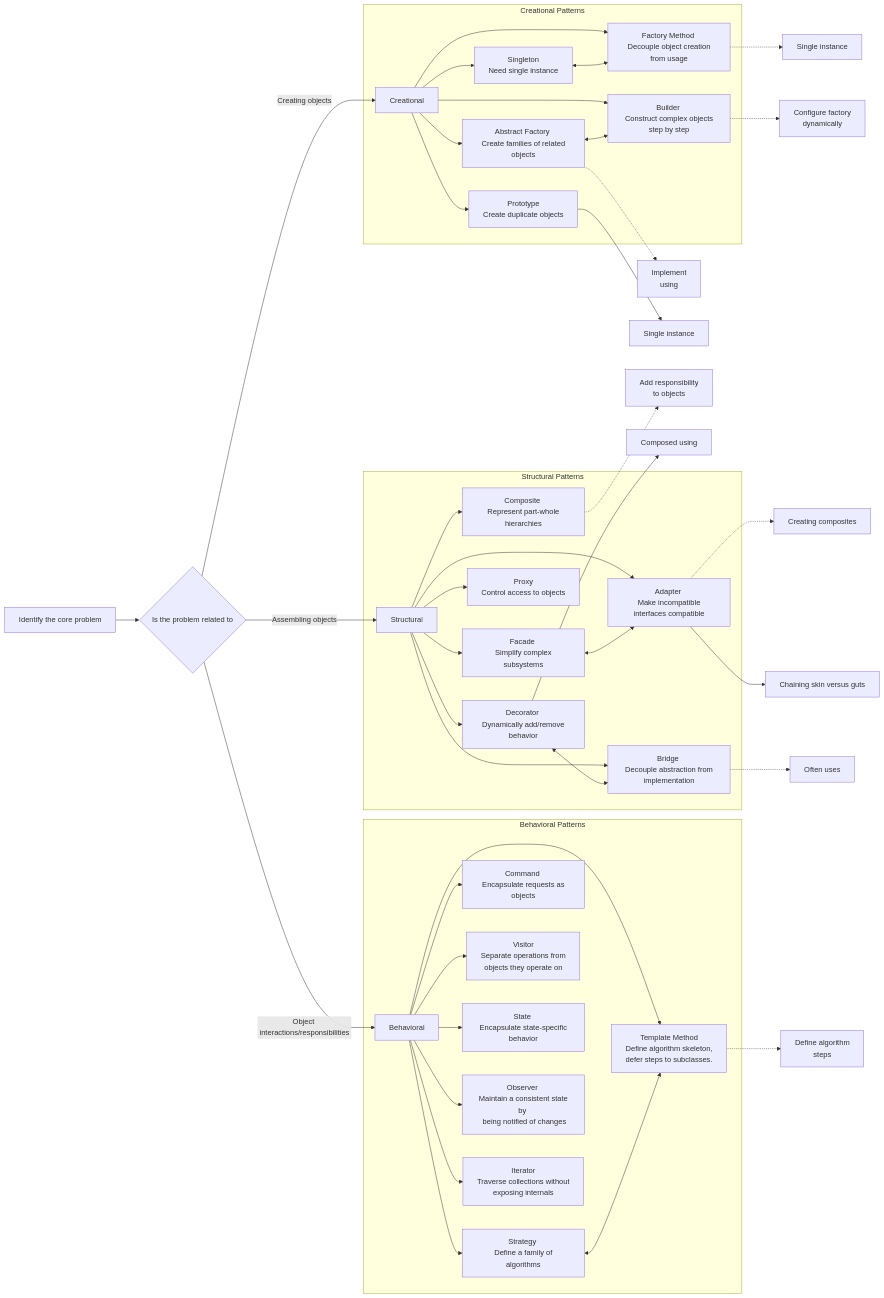
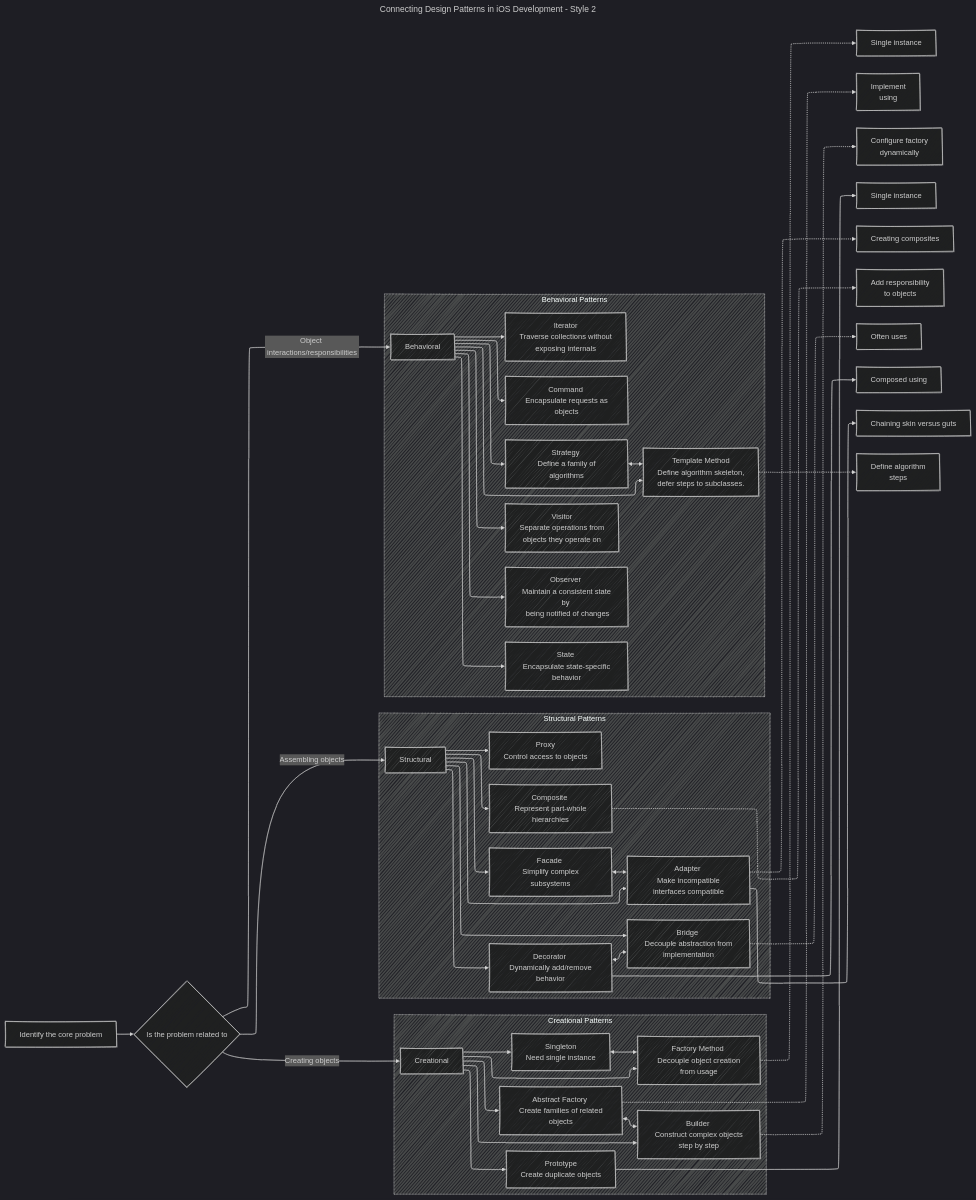
Before and after one commit to CongLeSolutionX/iOS-development-vault: the second of 3 diagrams in Design_Patterns/Connecting_Design_Patterns.md, drawn with Mermaid. The commit also changed other lines of this file and 6 other files, not shown here.

````diff
--- a/Design_Patterns/Connecting_Design_Patterns.md
+++ b/Design_Patterns/Connecting_Design_Patterns.md
@@ -105,51 +112,58 @@
-```mermaid 
+```mermaid
+---
+title: Connecting Design Patterns in iOS Development - Style 2
+config:
+  layout: elk
+  look: handDrawn
+  theme: dark
+---
 graph LR
     A[Identify the core problem] --> B{Is the problem related to};
     B -- Creating objects --> C[Creational];
     B -- Assembling objects --> D[Structural];
     B -- Object interactions/responsibilities --> E[Behavioral];
 
     subgraph "Creational Patterns"
         C --> Singleton["Singleton <br> Need single instance"];
         C --> FactoryMethod["Factory Method <br> Decouple object creation from usage"];
         C --> AbstractFactory["Abstract Factory <br> Create families of related objects"];
         C --> Prototype["Prototype <br> Create duplicate objects"];
         C --> Builder["Builder <br> Construct complex objects step by step"];
     end
 
     Singleton <--> FactoryMethod -.-> SingleInstance["Single instance"];
     AbstractFactory -.-> ImplementUsing["Implement <br> using"];
     AbstractFactory <--> Builder -.-> ConfigureFactoryDynamically["Configure factory <br> dynamically"];
     Prototype --> SingleInstance1["Single instance"];
 
 
     subgraph "Structural Patterns"
         D --> Facade["Facade <br> Simplify complex subsystems"];
         D --> Adapter["Adapter <br> Make incompatible interfaces compatible"];
         D --> Composite["Composite <br> Represent part-whole hierarchies"];
         D --> Proxy["Proxy <br> Control access to objects"];
         D --> Decorator["Decorator <br> Dynamically add/remove behavior"];
         D --> Bridge["Bridge <br> Decouple abstraction from implementation"];
     end
 
     Facade <--> Adapter -.-> CreatingComposites["Creating composites"];
     Composite -.-> AddResponsibilityToObjects["Add responsibility <br> to objects"];
     Decorator <--> Bridge -.-> OftenUses["Often uses"];
     Decorator --> ComposedUsing["Composed using"];
     Adapter --> ChainingSkinVersusGuts["Chaining skin versus guts"];
 
 
 
     subgraph "Behavioral Patterns"
         E --> Strategy["Strategy <br> Define a family of algorithms"];
         E --> TemplateMethod["Template Method <br> Define algorithm skeleton, <br> defer steps to subclasses."];
         E --> Command["Command <br> Encapsulate requests as objects"];
         E --> Visitor["Visitor <br> Separate operations from <br> objects they operate on"];
         E --> State["State <br> Encapsulate state-specific behavior"];
         E --> Observer["Observer <br> Maintain a consistent state by <br> being notified of changes"];
         E --> Iterator["Iterator <br> Traverse collections without <br> exposing internals"];
     end
 
     Strategy <--> TemplateMethod -.-> DefineAlgorithmSteps["Define algorithm <br> steps"];
 
 ```
````
